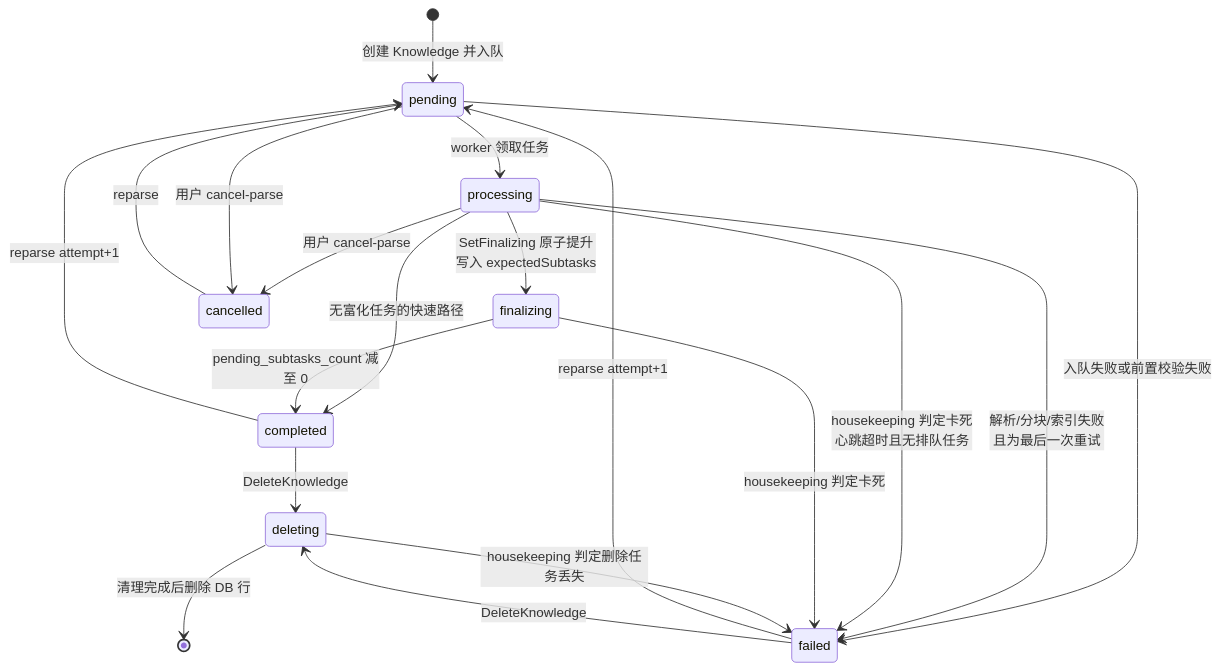
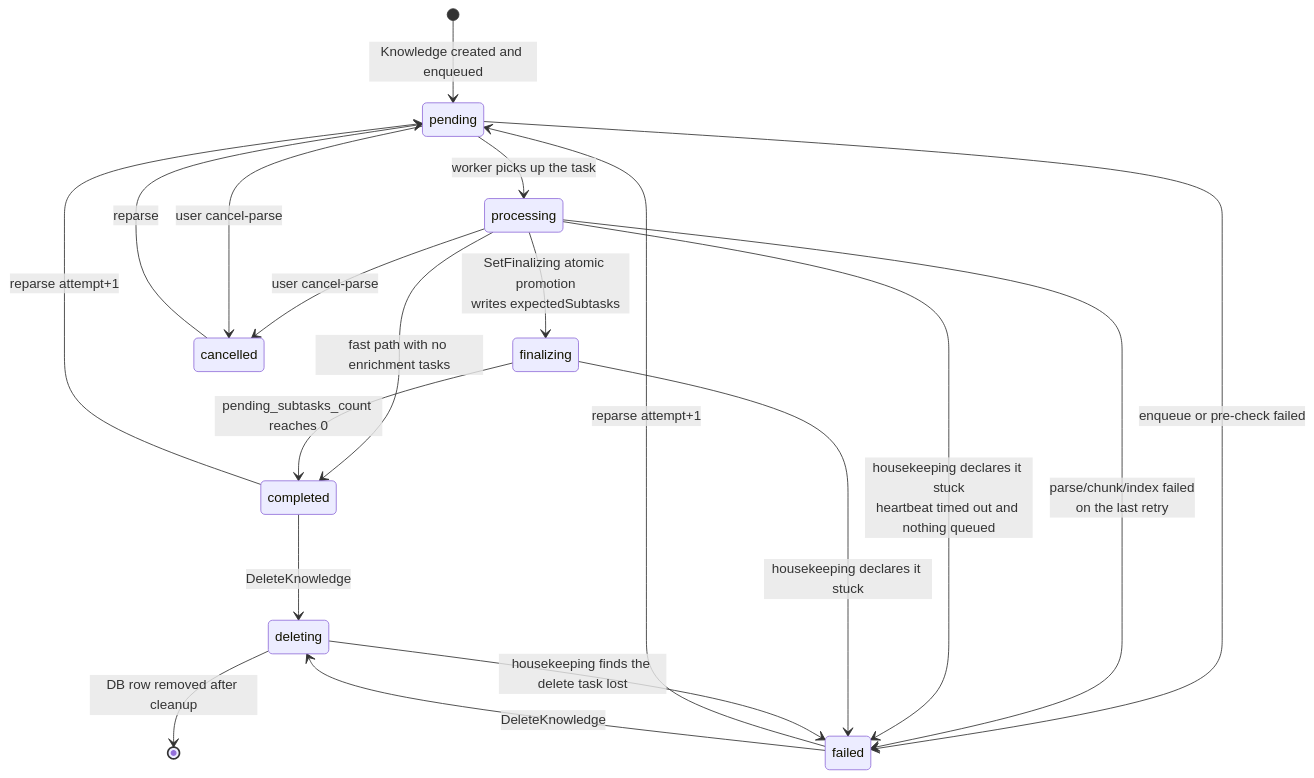
The second of 2 diagrams in website-docs/02-architecture/03-document-pipeline.md (jrmatherly/ai-kb), drawn with Mermaid before and after one commit. The commit also changed other lines of this file and 7 other files, not shown here.

First line of the commit message:
docs(architecture): translate to English, rebrand to AI KB, verify against code

````diff
--- a/website-docs/02-architecture/03-document-pipeline.md
+++ b/website-docs/02-architecture/03-document-pipeline.md
@@ -420,21 +420,21 @@
 ```mermaid
 stateDiagram-v2
-    [*] --> pending: 创建 Knowledge 并入队
-    pending --> processing: worker 领取任务
-    processing --> finalizing: SetFinalizing 原子提升<br/>写入 expectedSubtasks
-    processing --> completed: 无富化任务的快速路径
-    finalizing --> completed: pending_subtasks_count 减至 0
-    pending --> failed: 入队失败或前置校验失败
-    processing --> failed: 解析/分块/索引失败<br/>且为最后一次重试
-    processing --> cancelled: 用户 cancel-parse
-    pending --> cancelled: 用户 cancel-parse
+    [*] --> pending: Knowledge created and enqueued
+    pending --> processing: worker picks up the task
+    processing --> finalizing: SetFinalizing atomic promotion<br/>writes expectedSubtasks
+    processing --> completed: fast path with no enrichment tasks
+    finalizing --> completed: pending_subtasks_count reaches 0
+    pending --> failed: enqueue or pre-check failed
+    processing --> failed: parse/chunk/index failed<br/>on the last retry
+    processing --> cancelled: user cancel-parse
+    pending --> cancelled: user cancel-parse
     failed --> pending: reparse attempt+1
     completed --> pending: reparse attempt+1
     cancelled --> pending: reparse
     completed --> deleting: DeleteKnowledge
     failed --> deleting: DeleteKnowledge
-    processing --> failed: housekeeping 判定卡死<br/>心跳超时且无排队任务
-    finalizing --> failed: housekeeping 判定卡死
-    deleting --> failed: housekeeping 判定删除任务丢失
-    deleting --> [*]: 清理完成后删除 DB 行
+    processing --> failed: housekeeping declares it stuck<br/>heartbeat timed out and nothing queued
+    finalizing --> failed: housekeeping declares it stuck
+    deleting --> failed: housekeeping finds the delete task lost
+    deleting --> [*]: DB row removed after cleanup
 ```
````
